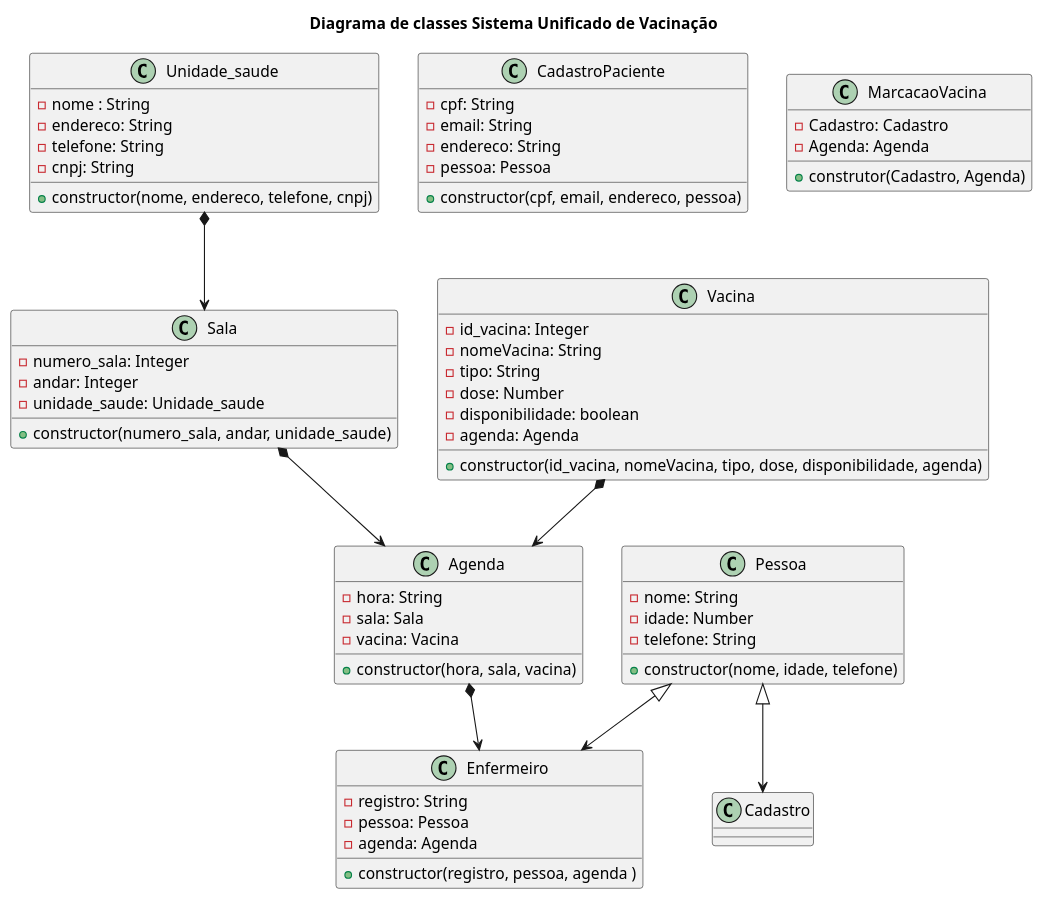
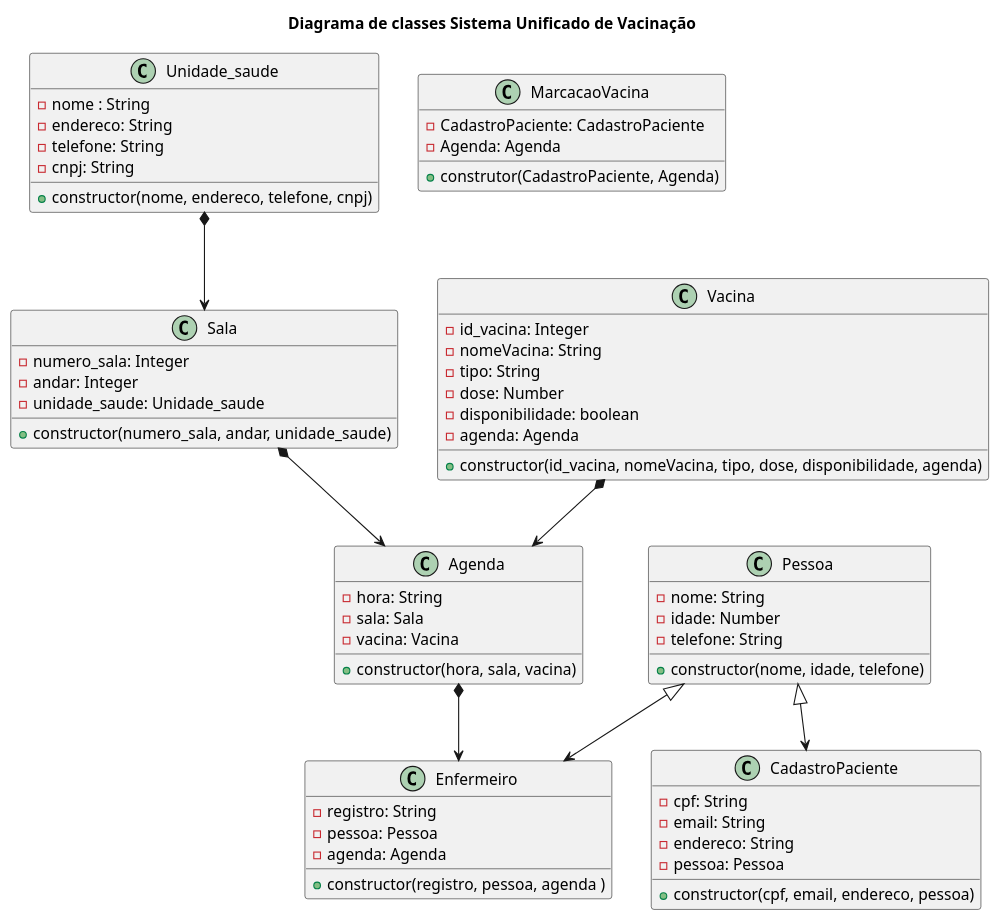
The diagram in diagrama_classe.plantuml (anleaes/2022-1-N2-POO-01), drawn with PlantUML before and after one commit.

Commit message:
atualizacao nome da classe cadastro e relacionamento

```diff
--- a/diagrama_classe.plantuml
+++ b/diagrama_classe.plantuml
@@ -1,72 +1,72 @@
 @startuml
 
 title Diagrama de classes Sistema Unificado de Vacinação
 
 class Unidade_saude{
     - nome : String
     - endereco: String
     - telefone: String
     - cnpj: String
     + constructor(nome, endereco, telefone, cnpj)
 }
 
 class Sala{
     - numero_sala: Integer
     - andar: Integer
     - unidade_saude: Unidade_saude 
     + constructor(numero_sala, andar, unidade_saude)
 }
 
 class Agenda{
     - hora: String
     - sala: Sala
     - vacina: Vacina
     + constructor(hora, sala, vacina)
 }
 
 
 Class Vacina{
     - id_vacina: Integer
     - nomeVacina: String
     - tipo: String
     - dose: Number
     - disponibilidade: boolean
     - agenda: Agenda
     + constructor(id_vacina, nomeVacina, tipo, dose, disponibilidade, agenda)
 }
 
 class Pessoa{
     - nome: String
     - idade: Number
     - telefone: String
     + constructor(nome, idade, telefone)
 }
 
 class CadastroPaciente {
     - cpf: String
     - email: String
     - endereco: String
     - pessoa: Pessoa
     + constructor(cpf, email, endereco, pessoa)
 }
 
 class Enfermeiro {
     - registro: String
     - pessoa: Pessoa
     - agenda: Agenda
     + constructor(registro, pessoa, agenda )
 }
 
 class MarcacaoVacina{
-    - Cadastro: Cadastro
+    - CadastroPaciente: CadastroPaciente
     - Agenda: Agenda
-    + construtor(Cadastro, Agenda)
+    + construtor(CadastroPaciente, Agenda)
 }
-Pessoa <|--> Cadastro
+Pessoa <|--> CadastroPaciente
 Pessoa <|--> Enfermeiro
 Unidade_saude *--> Sala
 Sala *--> Agenda
 Vacina *--> Agenda
 Agenda *--> Enfermeiro
 
 @enduml
```
